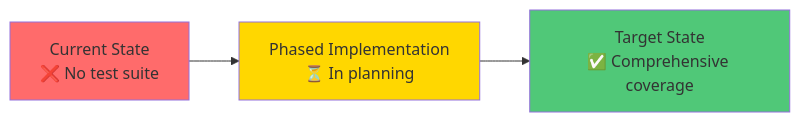
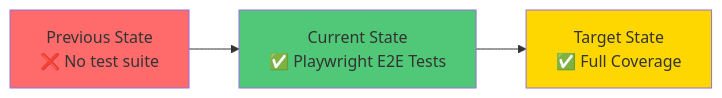
One commit to tant/service-center-app changed the first of 7 diagrams in docs/architecture/09-testing-strategy.md. Above: the diagram before and after it, drawn with Mermaid. The commit also changed other lines of this file and 14 other files, not shown here.

````diff
--- a/docs/architecture/09-testing-strategy.md
+++ b/docs/architecture/09-testing-strategy.md
@@ -11,13 +11,13 @@
 ```mermaid
 graph LR
-    Current[Current State<br/>❌ No test suite]
-    Plan[Phased Implementation<br/>⏳ In planning]
-    Future[Target State<br/>✅ Comprehensive coverage]
+    Previous[Previous State<br/>❌ No test suite]
+    Current[Current State<br/>✅ Playwright E2E Tests]
+    Future[Target State<br/>✅ Full Coverage]
 
-    Current --> Plan
-    Plan --> Future
+    Previous --> Current
+    Current --> Future
 
-    style Current fill:#FF6B6B
-    style Plan fill:#FFD700
-    style Future fill:#50C878
+    style Previous fill:#FF6B6B
+    style Current fill:#50C878
+    style Future fill:#FFD700
 ```
````
